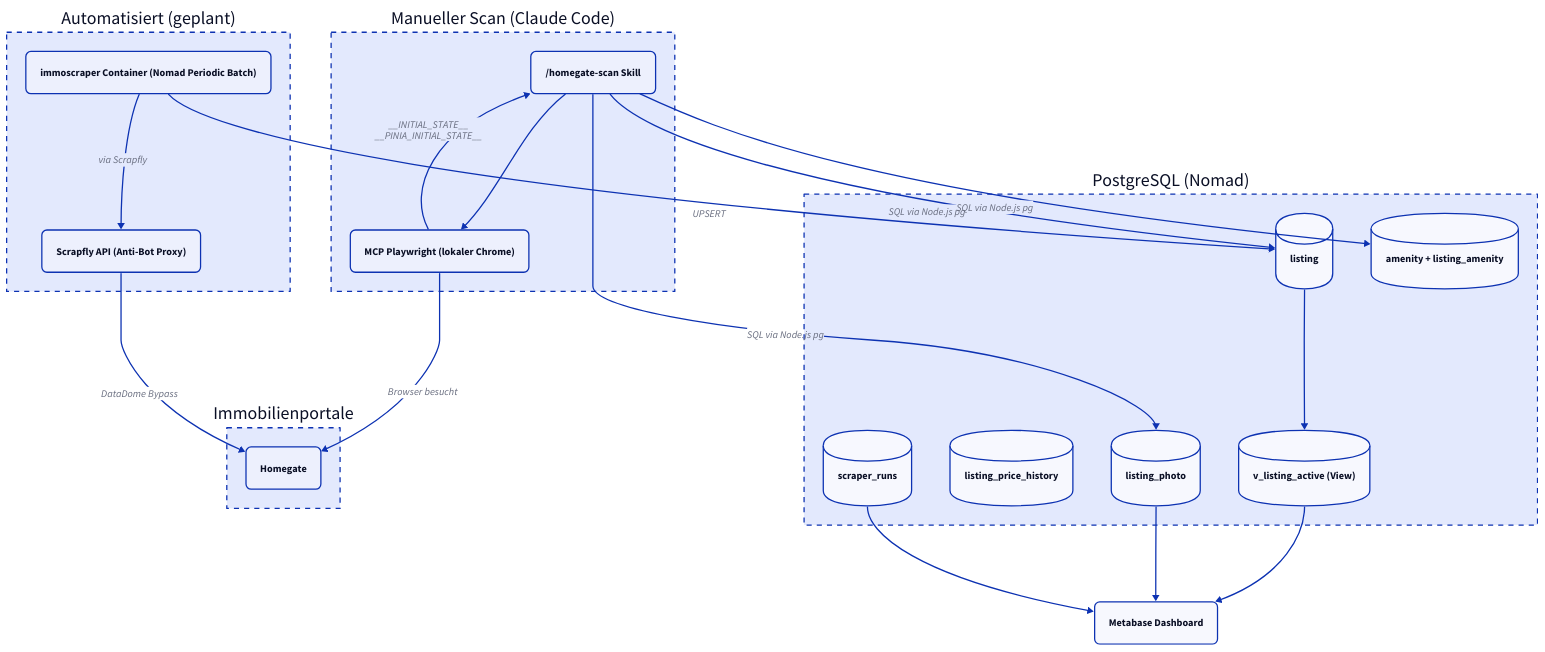
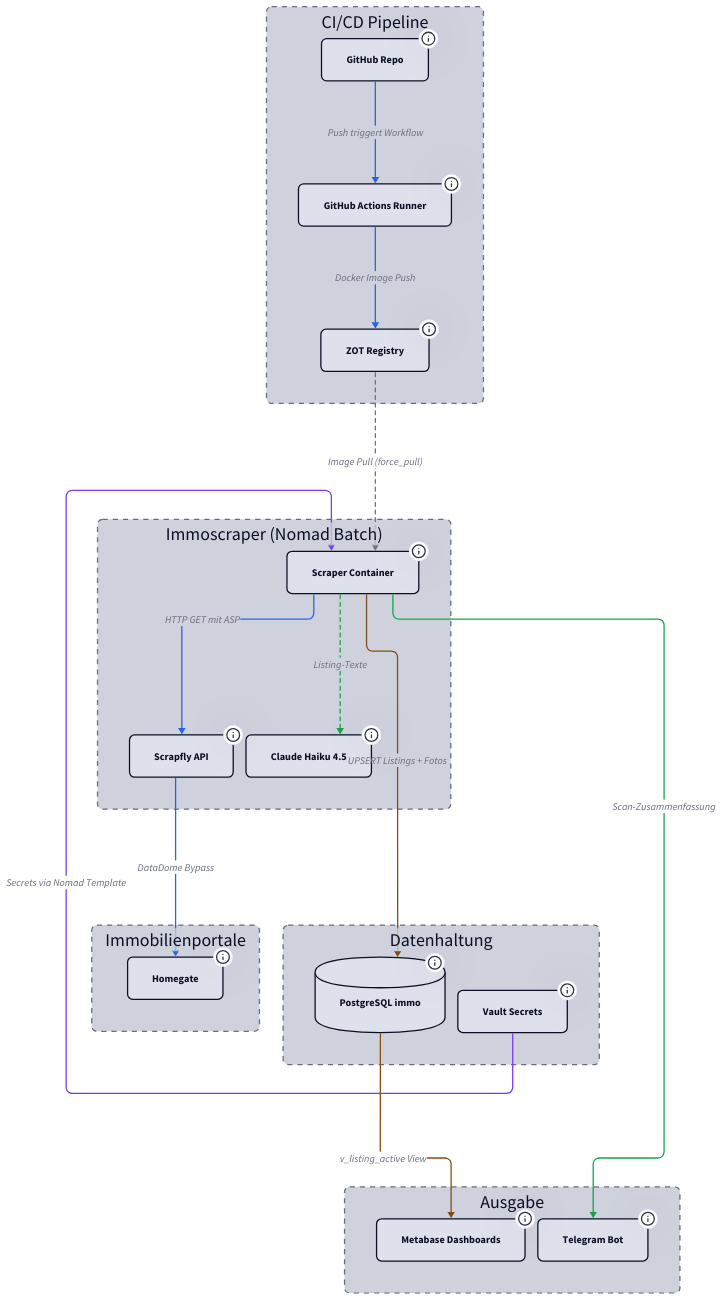
Before and after one commit to derever-labs/homelab-wiki: the first of 3 diagrams in docs/immobilien-monitoring/index.md, drawn with D2. The commit also changed other lines of this file, not shown here.

Commit message:
docs(immobilien-monitoring): Neufassung für Scrapfly-Architektur

````diff
--- a/docs/immobilien-monitoring/index.md
+++ b/docs/immobilien-monitoring/index.md
@@ -38,48 +34,120 @@
 ```d2
+vars: {
+  d2-config: {
+    theme-id: 1
+    layout-engine: elk
+  }
+}
+
+classes: {
+  node: { style: { border-radius: 8 } }
+  container: { style: { border-radius: 8; stroke-dash: 4 } }
+}
+
 direction: down
 
-manuell: "Manueller Scan (Claude Code)" {
-  style.stroke-dash: 4
-  SK: "/homegate-scan Skill" { style.border-radius: 8 }
-  MCP: "MCP Playwright (lokaler Chrome)" { style.border-radius: 8 }
+ci: CI/CD Pipeline {
+  class: container
+
+  GH: GitHub Repo {
+    class: node
+    tooltip: "derever/homelab-nomad-jobs | Push auf main triggert Build"
+  }
+  Runner: GitHub Actions Runner {
+    class: node
+    tooltip: "Self-Hosted auf Nomad Client | Docker Build + Push"
+  }
+  ZOT: ZOT Registry {
+    class: node
+    tooltip: "localhost:5000 | OCI Image Cache + Custom Images"
+  }
 }
 
-auto: "Automatisiert (geplant)" {
-  style.stroke-dash: 4
-  NJ: "immoscraper Container (Nomad Periodic Batch)" { style.border-radius: 8 }
-  SF: "Scrapfly API (Anti-Bot Proxy)" { style.border-radius: 8 }
+scraper: Immoscraper (Nomad Batch) {
+  class: container
+
+  Job: Scraper Container {
+    class: node
+    tooltip: "node:22-alpine | MODE=scan oder MODE=weekly"
+  }
+  SF: Scrapfly API {
+    class: node
+    tooltip: "ASP Anti-Bot Bypass | country=ch | Discovery Plan 30 USD/Mo"
+  }
+  AI: Claude Haiku 4.5 {
+    class: node
+    tooltip: "KI-Enrichment | Stockwerk, Balkon, Parking, Minergie"
+  }
 }
 
 portale: Immobilienportale {
-  style.stroke-dash: 4
-  HG: Homegate { style.border-radius: 8 }
+  class: container
+
+  HG: Homegate {
+    class: node
+    tooltip: "SMG | 70-75% Marktanteil | DataDome + Cloudflare"
+  }
 }
 
-pg: "PostgreSQL (Nomad)" {
-  style.stroke-dash: 4
-  LS: listing { shape: cylinder }
-  LP: listing_photo { shape: cylinder }
-  AM: "amenity + listing_amenity" { shape: cylinder }
-  PH: listing_price_history { shape: cylinder }
-  SR: scraper_runs { shape: cylinder }
-  VW: "v_listing_active (View)" { shape: cylinder }
+daten: Datenhaltung {
+  class: container
+
+  PG: PostgreSQL immo {
+    shape: cylinder
+    tooltip: "listing, listing_photo, amenity, scraper_runs, project"
+  }
+  Vault: Vault Secrets {
+    class: node
+    tooltip: "kv/data/immoscraper | DB Password, Scrapfly Key, Claude Key"
+  }
 }
 
-MB: "Metabase Dashboard" { style.border-radius: 8 }
+output: Ausgabe {
+  class: container
 
-manuell.SK -> manuell.MCP
-manuell.MCP -> portale.HG: Browser besucht
-manuell.MCP -> manuell.SK: "__INITIAL_STATE__\n__PINIA_INITIAL_STATE__"
-manuell.SK -> pg.LS: SQL via Node.js pg
-manuell.SK -> pg.LP: SQL via Node.js pg
-manuell.SK -> pg.AM: SQL via Node.js pg
+  MB: Metabase Dashboards {
+    class: node
+    tooltip: "Active Listings, New Today, Market Analytics, Price Drops"
+  }
+  TG: Telegram Bot {
+    class: node
+    tooltip: "Scan-Zusammenfassung nach jedem Lauf"
+  }
+}
 
-auto.NJ -> auto.SF: via Scrapfly
-auto.SF -> portale.HG: DataDome Bypass
-auto.NJ -> pg.LS: UPSERT
+ci.GH -> ci.Runner: Push triggert Workflow {
+  style.stroke: "#2563eb"
+}
+ci.Runner -> ci.ZOT: Docker Image Push {
+  style.stroke: "#2563eb"
+}
+ci.ZOT -> scraper.Job: Image Pull (force_pull) {
+  style.stroke: "#6b7280"
+  style.stroke-dash: 3
+}
 
-pg.LS -> pg.VW
-pg.VW -> MB
-pg.LP -> MB
-pg.SR -> MB
+daten.Vault -> scraper.Job: Secrets via Nomad Template {
+  style.stroke: "#7c3aed"
+}
+
+scraper.Job -> scraper.SF: HTTP GET mit ASP {
+  style.stroke: "#2563eb"
+}
+scraper.SF -> portale.HG: DataDome Bypass {
+  style.stroke: "#2563eb"
+}
+scraper.Job -> scraper.AI: Listing-Texte {
+  style.stroke: "#16a34a"
+  style.stroke-dash: 3
+}
+scraper.Job -> daten.PG: UPSERT Listings + Fotos {
+  style.stroke: "#854d0e"
+}
+
+daten.PG -> output.MB: v_listing_active View {
+  style.stroke: "#854d0e"
+}
+scraper.Job -> output.TG: Scan-Zusammenfassung {
+  style.stroke: "#16a34a"
+}
 ```
````
